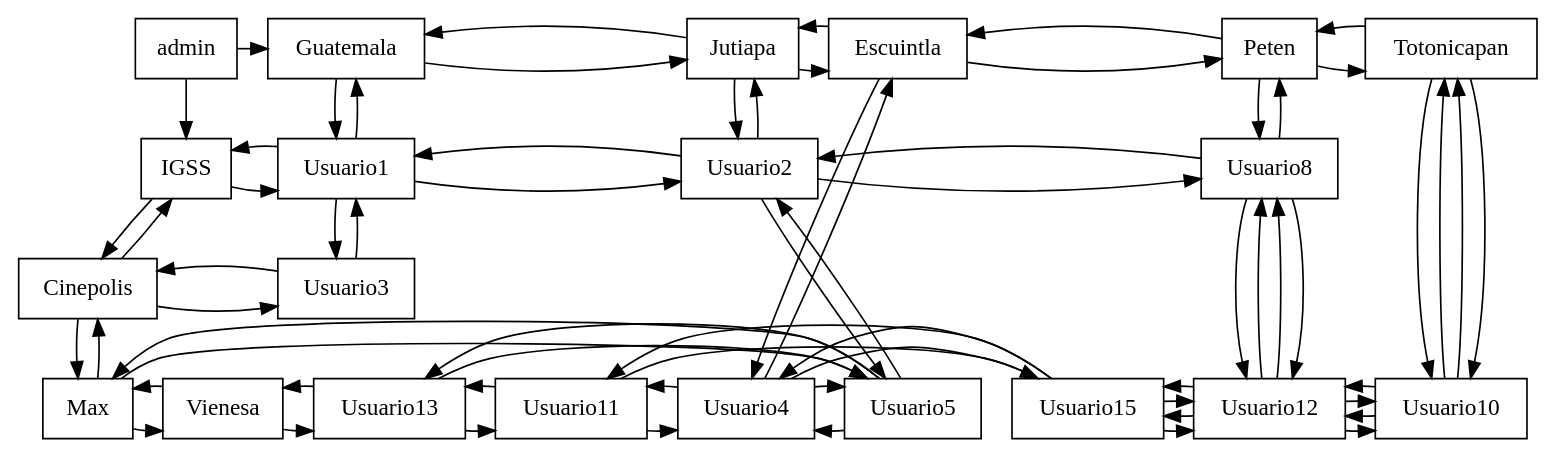
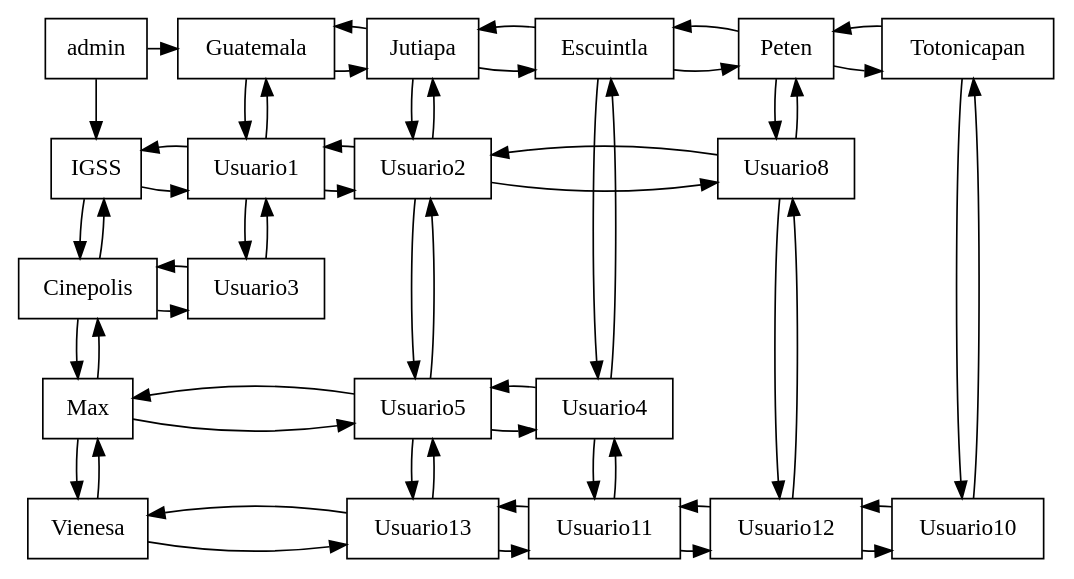
Before and after one commit to Mlvin40/RentaDeActivos: the diagram in cmake-build-debug/matriz.dot, drawn with Graphviz. The commit also changed 9 other files, not shown here.

```diff
--- a/cmake-build-debug/matriz.dot
+++ b/cmake-build-debug/matriz.dot
@@ -1,123 +1,103 @@
 digraph G {
     node [shape=box];
     n0 [label = "admin" group=1];
 Guatemala[label = "Guatemala" group=2];
 Jutiapa[label = "Jutiapa" group=3];
 Escuintla[label = "Escuintla" group=4];
 Peten[label = "Peten" group=5];
 Totonicapan[label = "Totonicapan" group=6];
 n0 -> Guatemala;
 Guatemala -> Jutiapa;
 Jutiapa -> Guatemala;
 Jutiapa -> Escuintla;
 Escuintla -> Jutiapa;
 Escuintla -> Peten;
 Peten -> Escuintla;
 Peten -> Totonicapan;
 Totonicapan -> Peten;
 IGSS[label = "IGSS" group=1];
 Cinepolis[label = "Cinepolis" group=1];
 Max[label = "Max" group=1];
 Vienesa[label = "Vienesa" group=1];
 n0 -> IGSS;
 IGSS -> Cinepolis;
 Cinepolis -> IGSS;
 Cinepolis -> Max;
 Max -> Cinepolis;
 Max -> Vienesa;
 Vienesa -> Max;
 {rank=same; n0; Guatemala; Jutiapa; Escuintla; Peten; Totonicapan; }
 
 IGSS[label = "IGSS" group=1];
 Usuario1[label = "Usuario1" group=2];
 Usuario2[label = "Usuario2" group=3];
 Usuario8[label = "Usuario8" group=5];
 Cinepolis[label = "Cinepolis" group=0];
 Usuario3[label = "Usuario3" group=2];
 Max[label = "Max" group=0];
 Usuario5[label = "Usuario5" group=3];
 Usuario4[label = "Usuario4" group=4];
-Usuario15[label = "Usuario15" group=1];
-Usuario12[label = "Usuario12" group=5];
-Usuario10[label = "Usuario10" group=6];
 Vienesa[label = "Vienesa" group=0];
 Usuario13[label = "Usuario13" group=3];
 Usuario11[label = "Usuario11" group=4];
-Usuario15[label = "Usuario15" group=1];
 Usuario12[label = "Usuario12" group=5];
 Usuario10[label = "Usuario10" group=6];
 {rank=same;IGSS; Usuario1; Usuario2; Usuario8; }
 
 {rank=same;Cinepolis; Usuario3; }
 
-{rank=same;Max; Usuario5; Usuario4; Usuario15; Usuario12; Usuario10; }
+{rank=same;Max; Usuario5; Usuario4; }
 
-{rank=same;Vienesa; Usuario13; Usuario11; Usuario15; Usuario12; Usuario10; }
+{rank=same;Vienesa; Usuario13; Usuario11; Usuario12; Usuario10; }
 
 IGSS -> Usuario1;
 Usuario1 -> IGSS;
 Usuario1 -> Usuario2;
 Usuario2 -> Usuario1;
 Usuario1 -> Guatemala;
 Guatemala -> Usuario1;
 
 Usuario2 -> Usuario8;
 Usuario8 -> Usuario2;
 Usuario2 -> Jutiapa;
 Jutiapa -> Usuario2;
 
 Usuario8 -> Peten;
 Peten -> Usuario8;
 
 Cinepolis -> Usuario3;
 Usuario3 -> Cinepolis;
 Usuario3 -> Usuario1;
 Usuario1 -> Usuario3;
 
 Max -> Usuario5;
 Usuario5 -> Max;
 Usuario5 -> Usuario4;
 Usuario4 -> Usuario5;
 Usuario5 -> Usuario2;
 Usuario2 -> Usuario5;
 
-Usuario4 -> Usuario15;
-Usuario15 -> Usuario4;
 Usuario4 -> Escuintla;
 Escuintla -> Usuario4;
-
-Usuario15 -> Usuario12;
-Usuario12 -> Usuario15;
-
-Usuario12 -> Usuario10;
-Usuario10 -> Usuario12;
-Usuario12 -> Usuario8;
-Usuario8 -> Usuario12;
-
-Usuario10 -> Totonicapan;
-Totonicapan -> Usuario10;
 
 Vienesa -> Usuario13;
 Usuario13 -> Vienesa;
 Usuario13 -> Usuario11;
 Usuario11 -> Usuario13;
 Usuario13 -> Usuario5;
 Usuario5 -> Usuario13;
 
-Usuario11 -> Usuario15;
-Usuario15 -> Usuario11;
+Usuario11 -> Usuario12;
+Usuario12 -> Usuario11;
 Usuario11 -> Usuario4;
 Usuario4 -> Usuario11;
-
-Usuario15 -> Usuario12;
-Usuario12 -> Usuario15;
 
 Usuario12 -> Usuario10;
 Usuario10 -> Usuario12;
 Usuario12 -> Usuario8;
 Usuario8 -> Usuario12;
 
 Usuario10 -> Totonicapan;
 Totonicapan -> Usuario10;
 
 }
```
